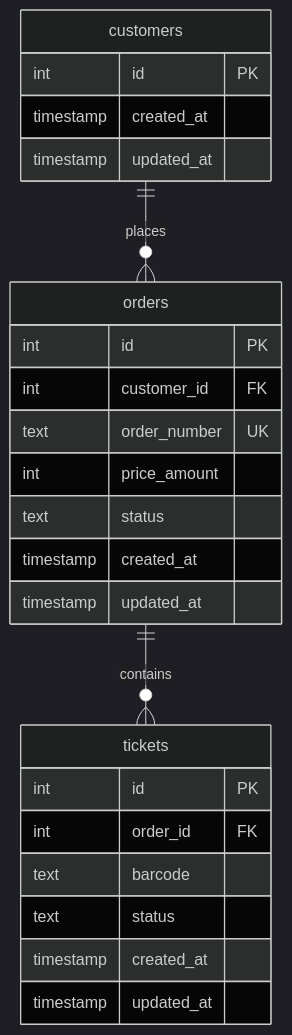
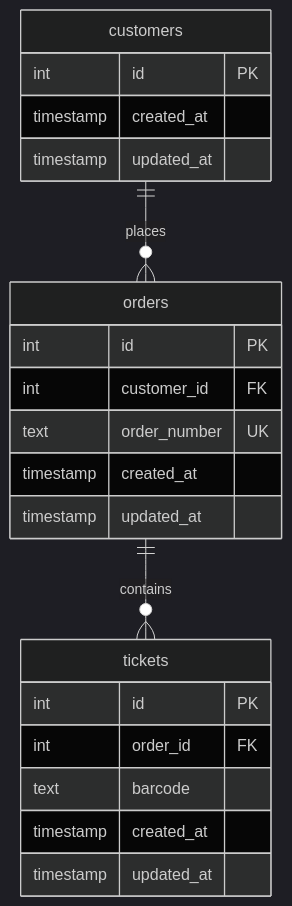
Before and after one commit to renanvieira/backend-assignment: the diagram in README.md, drawn with Mermaid (dark theme). The commit also changed other lines of this file and 3 other files, not shown here.

````diff
--- a/README.md
+++ b/README.md
@@ -84,30 +84,27 @@
 ```mermaid
 erDiagram
     customers {
         int id PK
         timestamp created_at
         timestamp updated_at
     }
 
     orders {
         int id PK
         int customer_id FK
         text order_number UK
-        int price_amount
-        text status
         timestamp created_at
         timestamp updated_at
     }
 
     tickets {
         int id PK
         int order_id FK
         text barcode
-        text status
         timestamp created_at
         timestamp updated_at
     }
 
     customers ||--o{ orders : "places"
     orders ||--o{ tickets : "contains"
 ```
````
